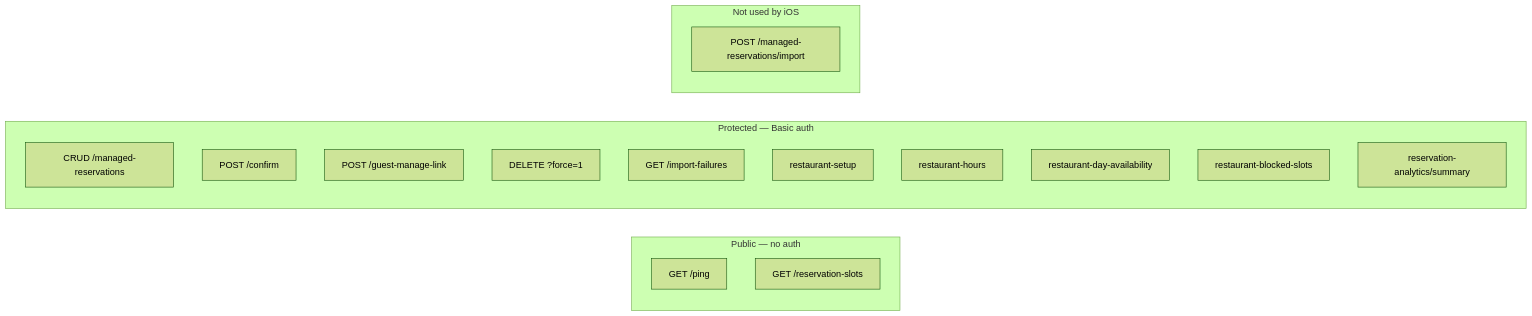
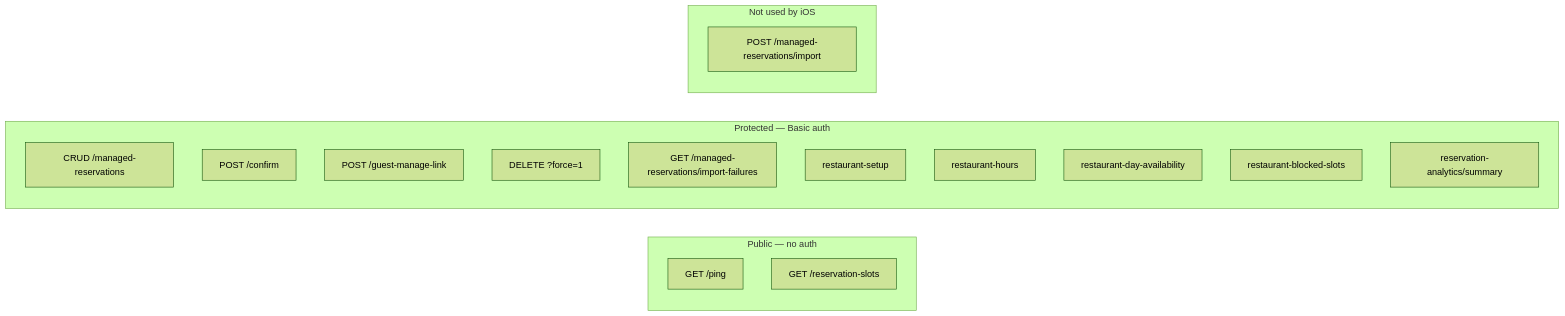
Before and after one commit to bohdan462/Reservation-iOS-App: diagram 11 of 11 in ARCHITECTURE_DIAGRAMS.md, drawn with Mermaid (forest theme). The commit also changed other lines of this file and 15 other files, not shown here.

````diff
--- a/ARCHITECTURE_DIAGRAMS.md
+++ b/ARCHITECTURE_DIAGRAMS.md
@@ -417,24 +417,24 @@
 ```mermaid
 flowchart LR
     subgraph Public["Public — no auth"]
         P1["GET /ping"]
         P2["GET /reservation-slots"]
     end
 
     subgraph Protected["Protected — Basic auth"]
         R1["CRUD /managed-reservations"]
         R2["POST /confirm"]
         R3["POST /guest-manage-link"]
         R4["DELETE ?force=1"]
-        R5["GET /import-failures"]
+        R5["GET /managed-reservations/import-failures"]
         S1["restaurant-setup"]
         S2["restaurant-hours"]
         S3["restaurant-day-availability"]
         S4["restaurant-blocked-slots"]
         S5["reservation-analytics/summary"]
     end
 
     subgraph Forbidden["Not used by iOS"]
         F1["POST /managed-reservations/import"]
     end
 ```
````
